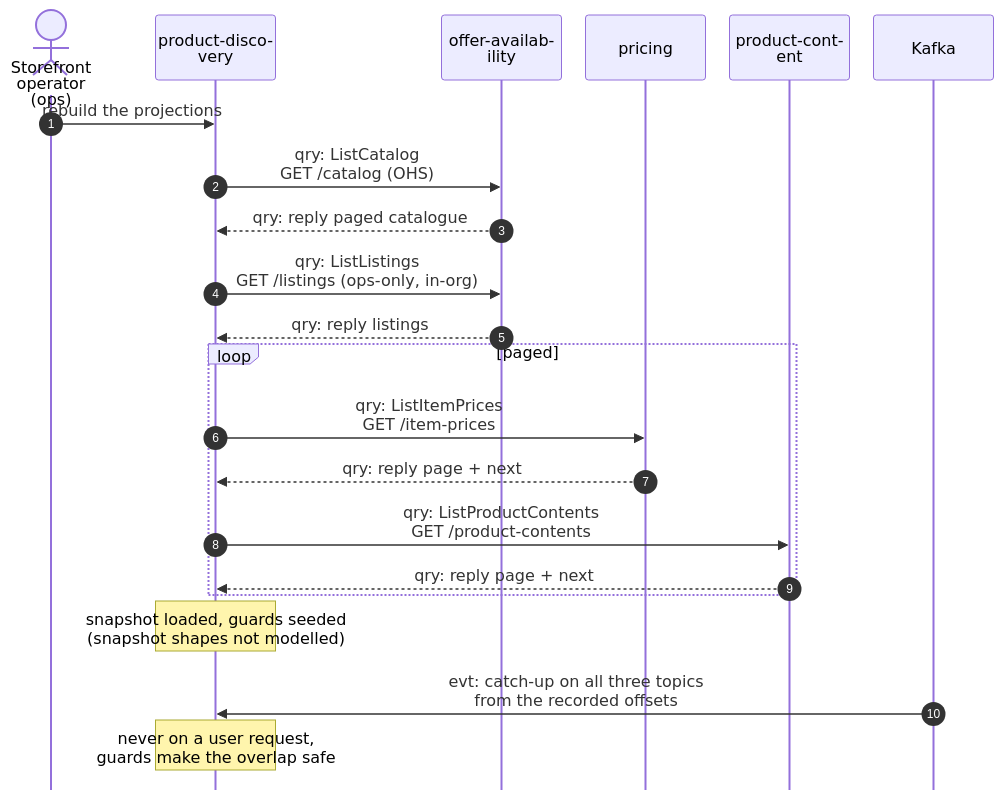
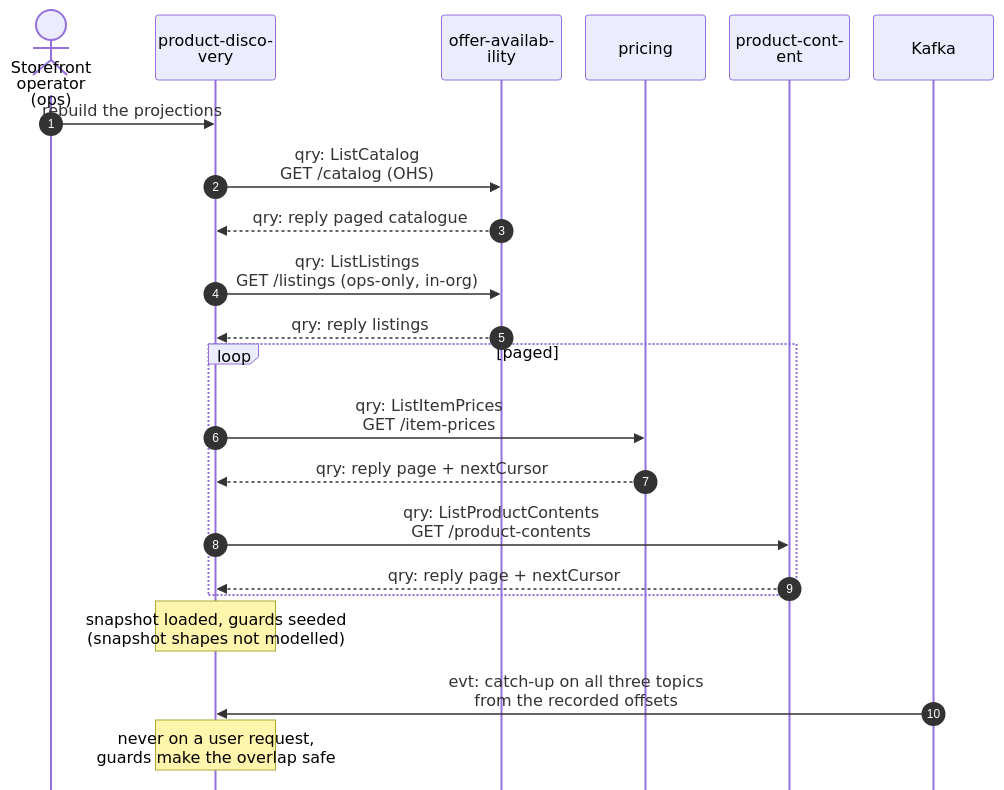
The sixth of 6 diagrams in storefront/docs/contexts/product-discovery/domain-message-flow.md (IQVO/warehouse-docs), drawn with Mermaid before and after one commit. The commit also changed other lines of this file and 8 other files, not shown here.

Commit message:
docs(storefront): product-discovery pack and model follow the repo (REST paging 1..500, 400 invalid-limit, cursor/items/nextCursor, five more slugs, suppress before create is skipped and logged); full routes in labels for the drift gate

````diff
--- a/storefront/docs/contexts/product-discovery/domain-message-flow.md
+++ b/storefront/docs/contexts/product-discovery/domain-message-flow.md
@@ -157,25 +157,25 @@
 ```mermaid
 %%{init: {"sequence": {"wrap": true, "width": 120, "actorMargin": 24, "messageMargin": 28, "boxMargin": 6, "noteMargin": 6, "mirrorActors": false}}}%%
 sequenceDiagram
     autonumber
     actor OP as Storefront operator (ops)
     participant PD as product-discovery
     participant OA as offer-availability
     participant PR as pricing
     participant PC as product-content
     participant K as Kafka
     OP->>PD: rebuild the projections
     PD->>OA: qry: ListCatalog<br/>GET /catalog (OHS)
     OA-->>PD: qry: reply paged catalogue
     PD->>OA: qry: ListListings<br/>GET /listings (ops-only, in-org)
     OA-->>PD: qry: reply listings
     loop paged
         PD->>PR: qry: ListItemPrices<br/>GET /item-prices
-        PR-->>PD: qry: reply page + next
+        PR-->>PD: qry: reply page + nextCursor
         PD->>PC: qry: ListProductContents<br/>GET /product-contents
-        PC-->>PD: qry: reply page + next
+        PC-->>PD: qry: reply page + nextCursor
     end
     Note over PD: snapshot loaded, guards seeded<br/>(snapshot shapes not modelled)
     K->>PD: evt: catch-up on all three topics<br/>from the recorded offsets
     Note over PD: never on a user request,<br/>guards make the overlap safe
 ```
````
